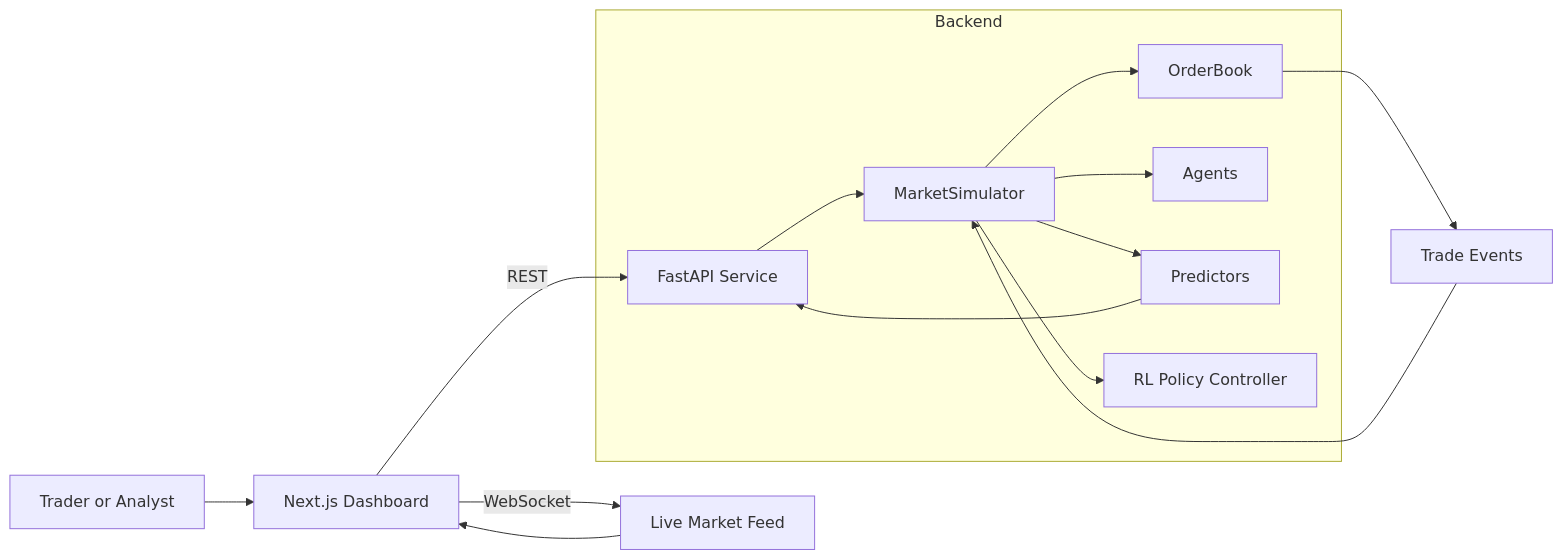
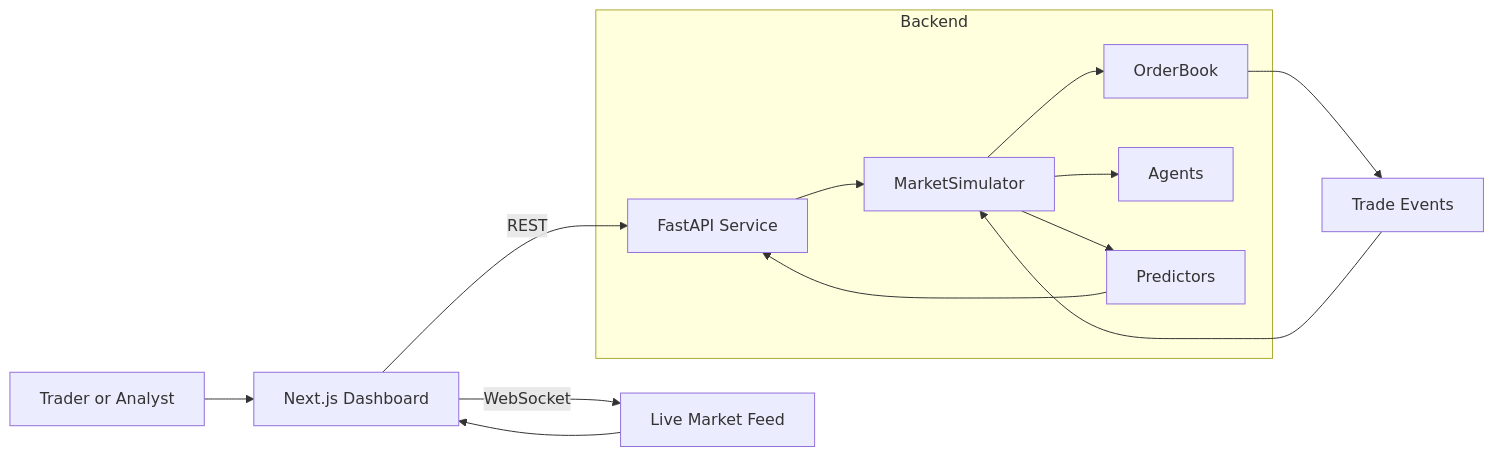
One commit to macayu17/SENTINEL changed the diagram in ARCHITECTURE.md. Above: the diagram before and after it, drawn with Mermaid. The commit also changed other lines of this file and 5 other files, not shown here.

````diff
--- a/ARCHITECTURE.md
+++ b/ARCHITECTURE.md
@@ -7,19 +7,18 @@
 ```mermaid
 flowchart LR
   User[Trader or Analyst] --> UI[Next.js Dashboard]
   UI -->|REST| API[FastAPI Service]
   UI -->|WebSocket| WS[Live Market Feed]
 
   subgraph Backend
     API --> Sim[MarketSimulator]
     Sim --> Book[OrderBook]
     Sim --> Agents[Agents]
     Sim --> Pred[Predictors]
-    Sim --> RL[RL Policy Controller]
   end
 
   Book --> Trades[Trade Events]
   Trades --> Sim
   Pred --> API
   WS --> UI
 ```
````
